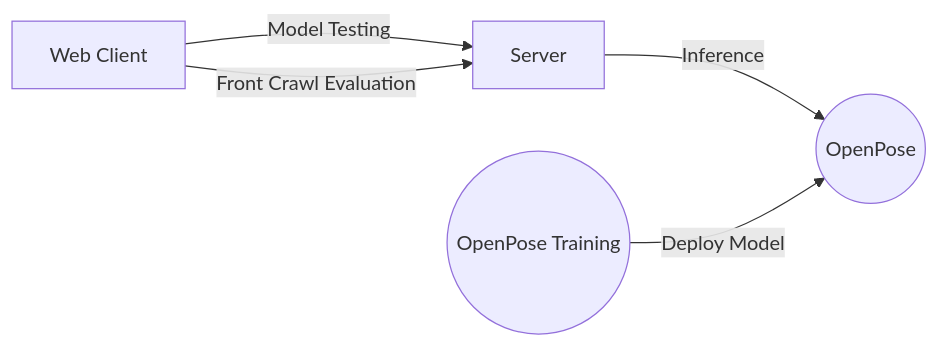
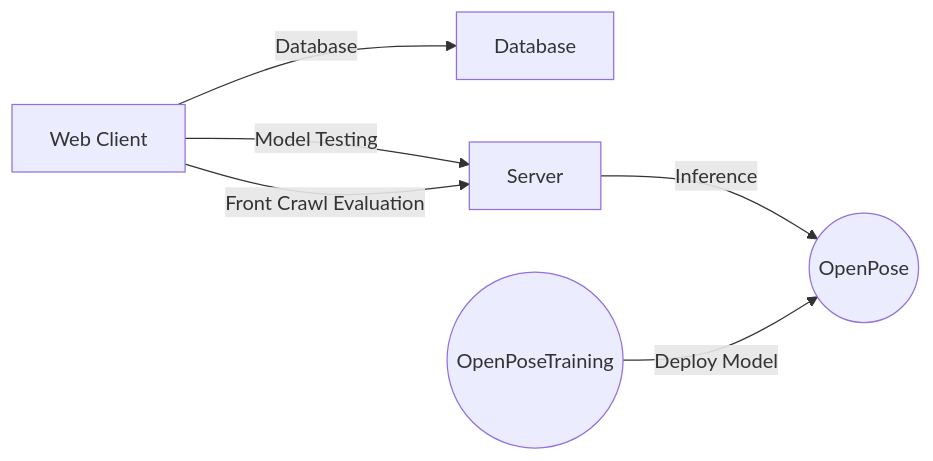
One commit to roeegro/SwimFix changed the diagram in README.md. Above: the diagram before and after it, drawn with Mermaid. The commit also changed other lines of this file, not shown here.

````diff
--- a/README.md
+++ b/README.md
@@ -55,12 +54,14 @@
 ```mermaid
 graph LR
-	A[Web Client] 
+	A[Web Client]
+	E[Database]
 	B[Server]
 	C((OpenPose))
-	D((OpenPose Training))
+	D((OpenPoseTraining))
 
 	A -- Model Testing --> B
+	A -- Database --> E
 	A -- Front Crawl Evaluation --> B
 	B -- Inference --> C
 	D -- Deploy Model --> C
 ```
````
